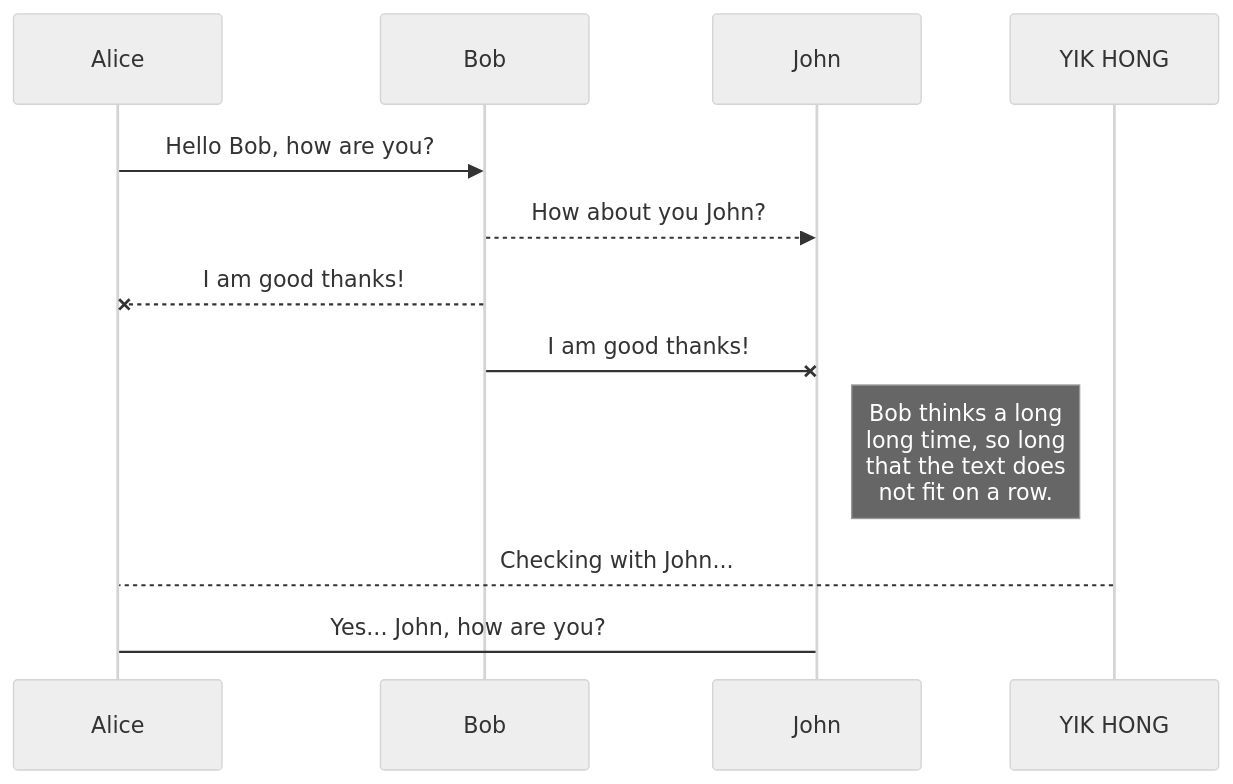
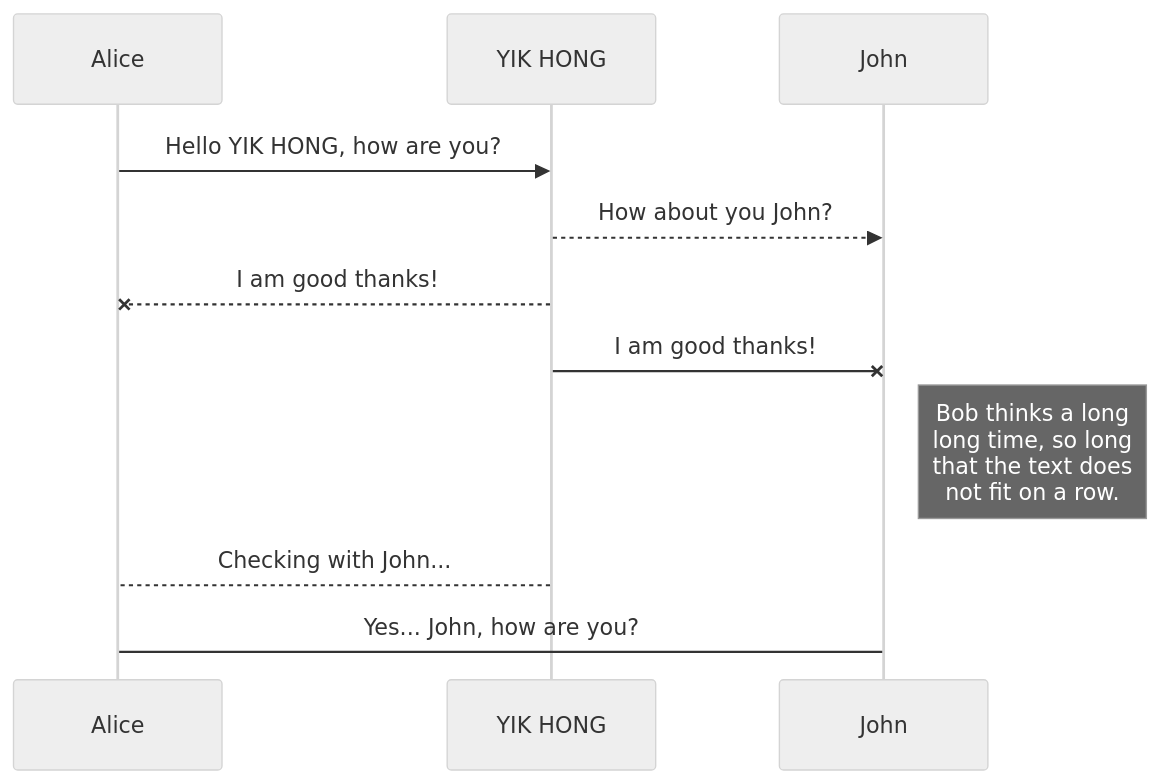
Before and after one commit to drshahizan/learn-github: the first of 2 diagrams in student-se/yikhong/aboutme.md, drawn with Mermaid (neutral theme).

````diff
--- a/student-se/yikhong/aboutme.md
+++ b/student-se/yikhong/aboutme.md
@@ -123,11 +123,11 @@
 ```mermaid
 sequenceDiagram
-Alice ->> Bob: Hello Bob, how are you?
-Bob-->>John: How about you John?
-Bob--x Alice: I am good thanks!
-Bob-x John: I am good thanks!
+Alice ->> YIK HONG: Hello YIK HONG, how are you?
+YIK HONG-->>John: How about you John?
+YIK HONG--x Alice: I am good thanks!
+YIK HONG-x John: I am good thanks!
 Note right of John: Bob thinks a long<br/>long time, so long<br/>that the text does<br/>not fit on a row.
 
 YIK HONG-->Alice: Checking with John...
 Alice->John: Yes... John, how are you?
 ```
````
